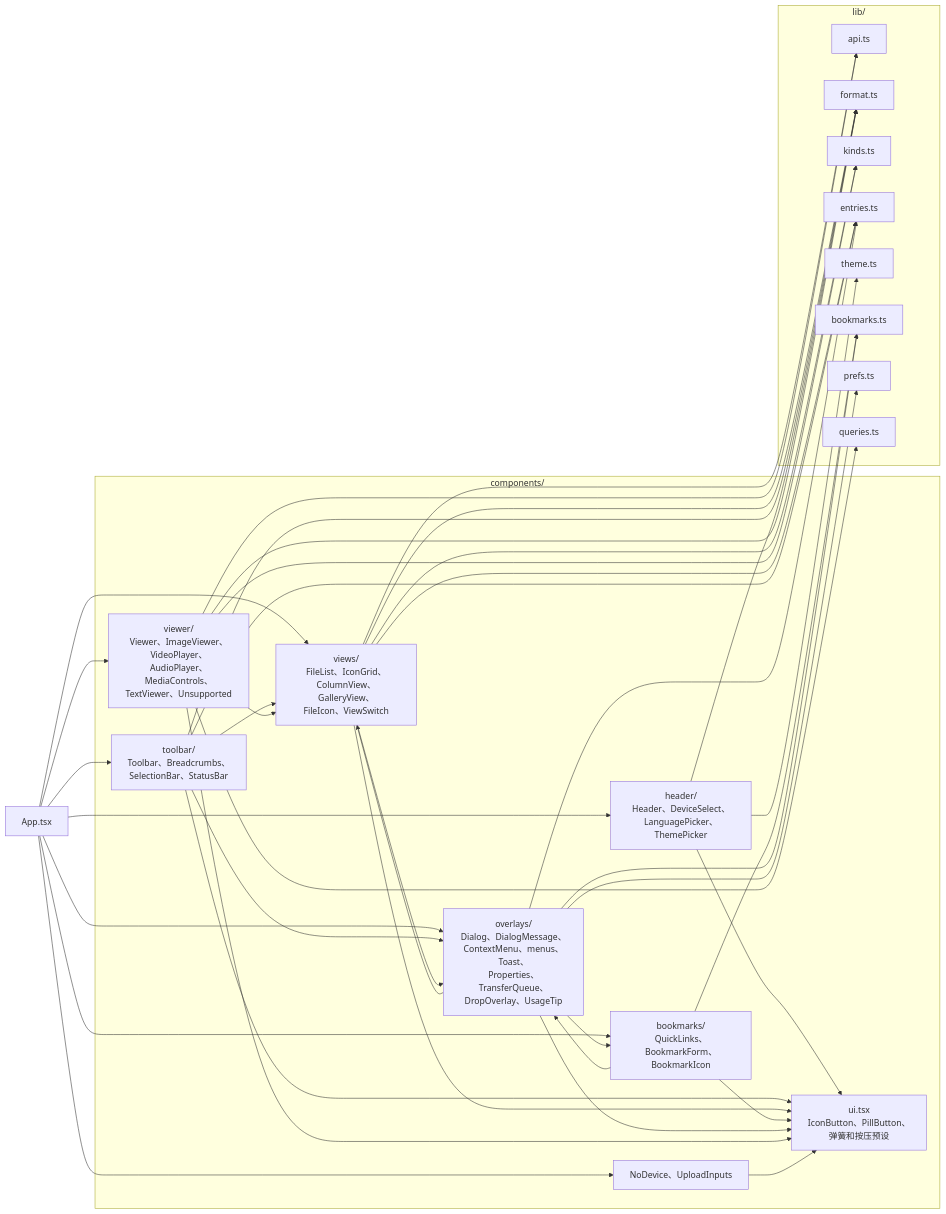
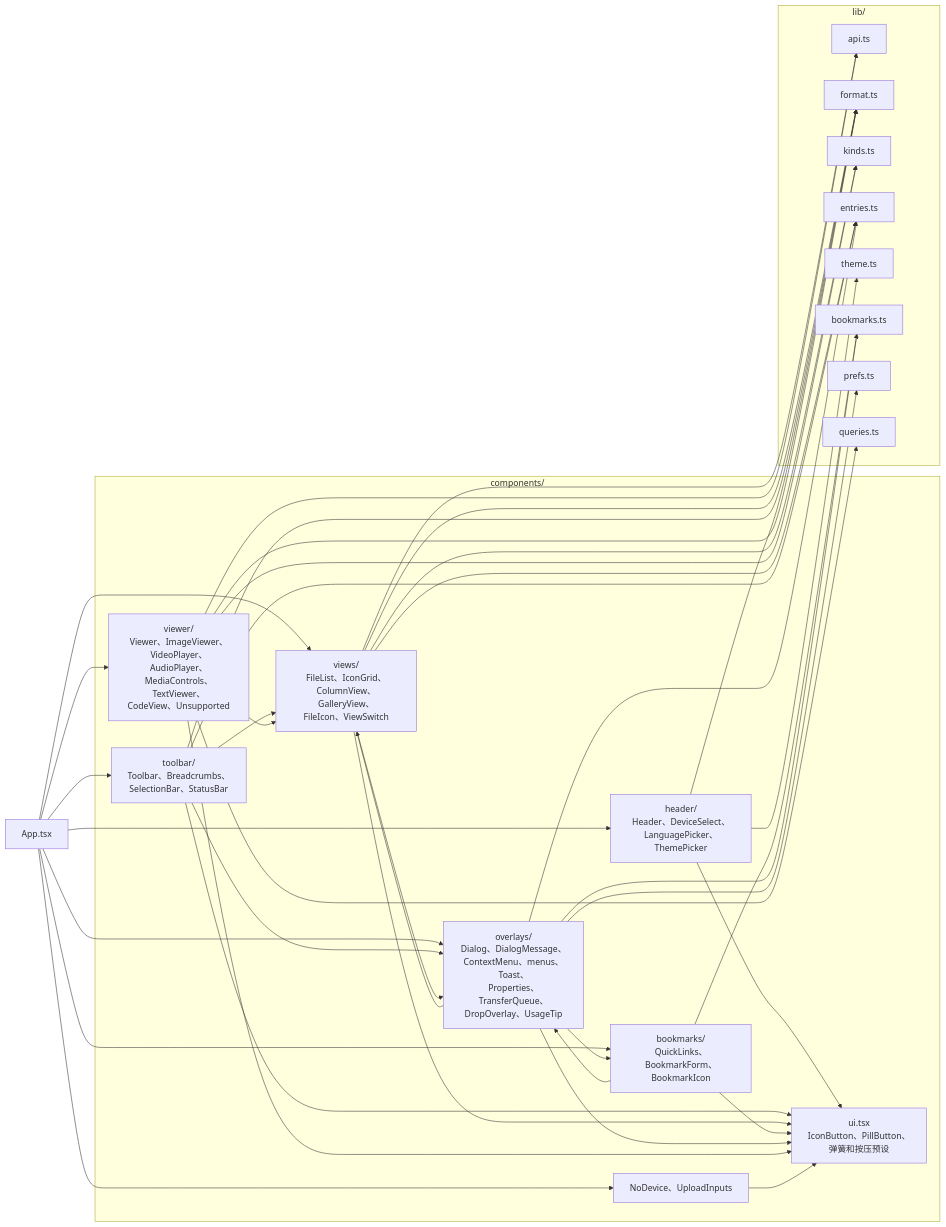
The seventh of 10 diagrams in docs/architecture.md (wynnyu/adb-file-manager), drawn with Mermaid before and after one commit. The commit also changed other lines of this file and 4 other files, not shown here.

Commit message:
Document the CodeMirror text viewer

````diff
--- a/docs/architecture.md
+++ b/docs/architecture.md
@@ -265,41 +265,41 @@
 ```mermaid
 flowchart LR
   App["App.tsx"]
   subgraph comps["components/"]
     header["header/<br/>Header、DeviceSelect、<br/>LanguagePicker、ThemePicker"]
     toolbar["toolbar/<br/>Toolbar、Breadcrumbs、<br/>SelectionBar、StatusBar"]
     views["views/<br/>FileList、IconGrid、<br/>ColumnView、GalleryView、<br/>FileIcon、ViewSwitch"]
     bm["bookmarks/<br/>QuickLinks、BookmarkForm、<br/>BookmarkIcon"]
     overlays["overlays/<br/>Dialog、DialogMessage、<br/>ContextMenu、menus、Toast、<br/>Properties、TransferQueue、<br/>DropOverlay、UsageTip"]
-    viewer["viewer/<br/>Viewer、ImageViewer、<br/>VideoPlayer、AudioPlayer、<br/>MediaControls、TextViewer、Unsupported"]
+    viewer["viewer/<br/>Viewer、ImageViewer、<br/>VideoPlayer、AudioPlayer、<br/>MediaControls、TextViewer、<br/>CodeView、Unsupported"]
     misc["NoDevice、UploadInputs"]
     ui["ui.tsx<br/>IconButton、PillButton、<br/>弹簧和按压预设"]
   end
   subgraph lib["lib/"]
     api["api.ts"]
     format["format.ts"]
     kinds["kinds.ts"]
     entries["entries.ts"]
     theme["theme.ts"]
     bookmarksLib["bookmarks.ts"]
     prefs["prefs.ts"]
     queries["queries.ts"]
   end
 
   App --> header & toolbar & views & bm & overlays & viewer & misc
   header & toolbar & views & bm & overlays & viewer & misc --> ui
   toolbar --> views
   toolbar --> overlays
   views --> overlays
   overlays --> bm
   overlays --> views
   bm --> overlays
   views --> api
   views --> format & kinds & entries
   toolbar --> format & entries
   header --> format & theme
   bm --> bookmarksLib
   overlays --> bookmarksLib & entries & prefs
   viewer --> views
   viewer --> api & queries & format & kinds
 ```
````
